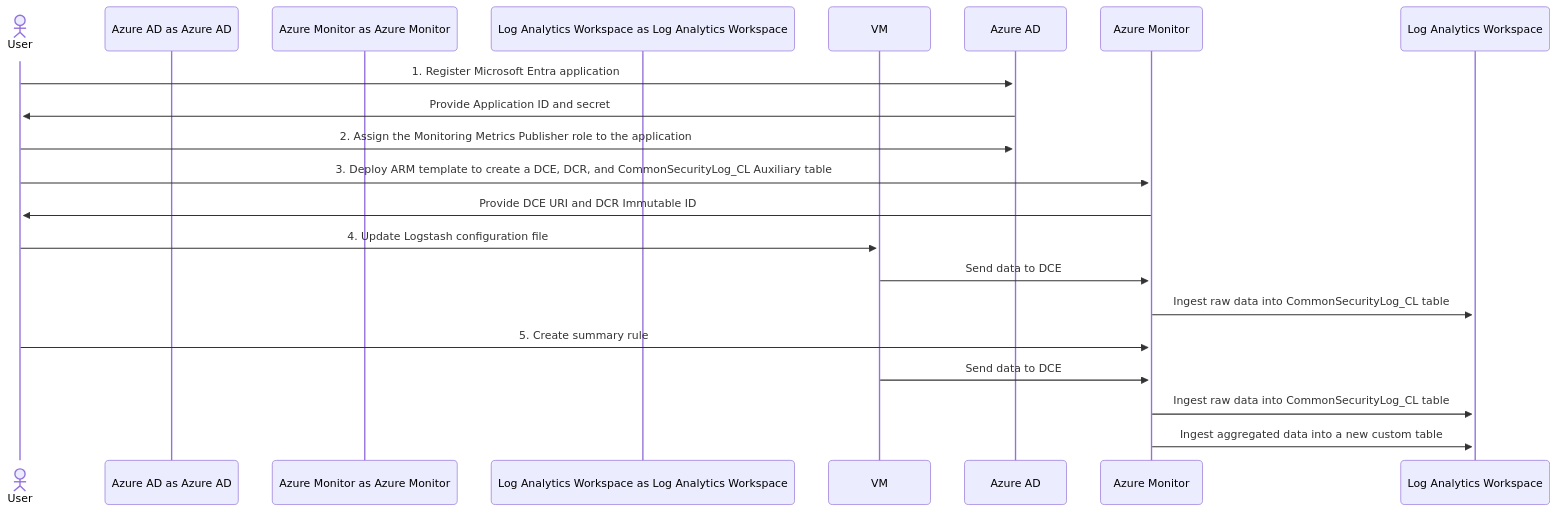
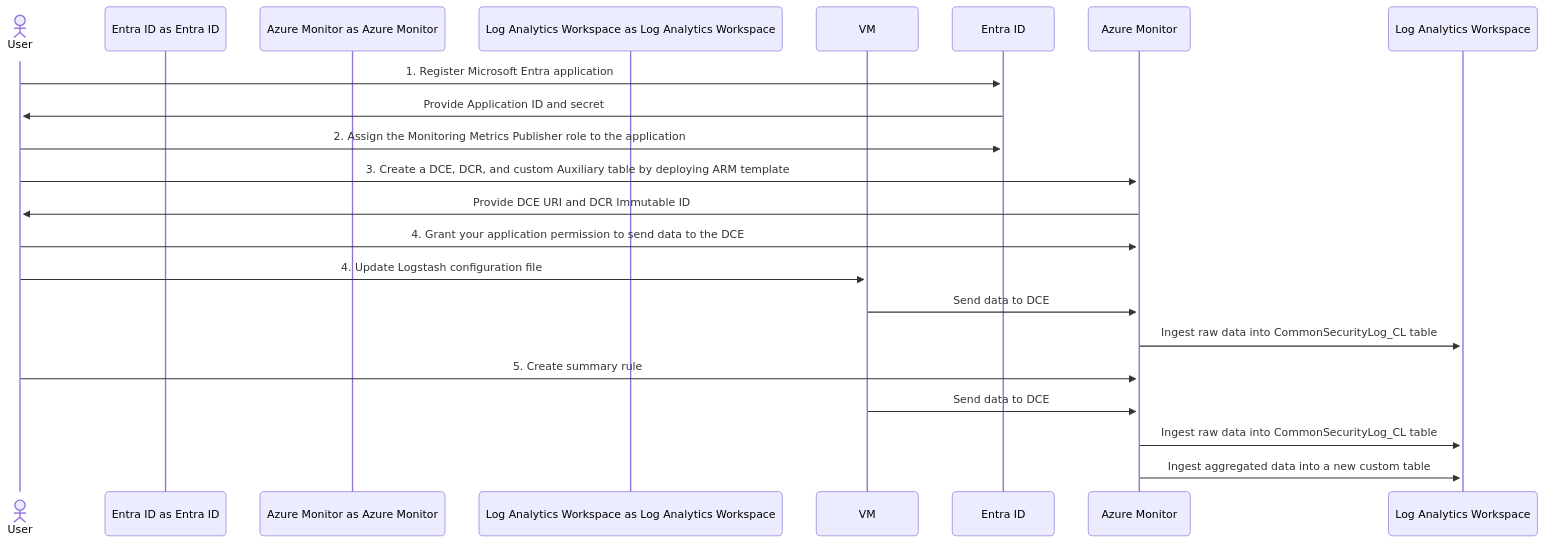
Before and after one commit to MicrosoftDocs/defender-docs: the diagram in articles/sentinel/media/summary-rules/diagram copy.mmd, drawn with Mermaid. The commit also changed 2 other files, not shown here.

Commit message:
added process overview diagram

```diff
--- a/articles/sentinel/media/summary-rules/diagram copy.mmd
+++ b/articles/sentinel/media/summary-rules/diagram copy.mmd
@@ -1,23 +1,24 @@
 ---
 config:
   look: neo
   theme: default
 ---
 sequenceDiagram
   actor User as User
-  participant Azure AD as Azure AD
+  participant Entra ID as Entra ID
   participant Azure Monitor as Azure Monitor
   participant Log Analytics Workspace as Log Analytics Workspace
   participant VM as VM
-  User ->> Azure AD: 1. Register Microsoft Entra application
-  Azure AD ->> User: Provide Application ID and secret
-  User ->> Azure AD: 2. Assign the Monitoring Metrics Publisher role to the application
-  User ->> Azure Monitor: 3. Deploy ARM template to create a DCE, DCR, and CommonSecurityLog_CL Auxiliary table
+  User ->> Entra ID: 1. Register Microsoft Entra application
+  Entra ID ->> User: Provide Application ID and secret
+  User ->> Entra ID: 2. Assign the Monitoring Metrics Publisher role to the application
+  User ->> Azure Monitor: 3. Create a DCE, DCR, and custom Auxiliary table by deploying ARM template
   Azure Monitor ->> User: Provide DCE URI and DCR Immutable ID
+  User ->> Azure Monitor: 4. Grant your application permission to send data to the DCE
   User ->> VM: 4. Update Logstash configuration file
   VM ->> Azure Monitor: Send data to DCE
   Azure Monitor ->> Log Analytics Workspace: Ingest raw data into CommonSecurityLog_CL table
   User ->> Azure Monitor: 5. Create summary rule
   VM ->> Azure Monitor: Send data to DCE
   Azure Monitor ->> Log Analytics Workspace: Ingest raw data into CommonSecurityLog_CL table
   Azure Monitor ->> Log Analytics Workspace: Ingest aggregated data into a new custom table
```
